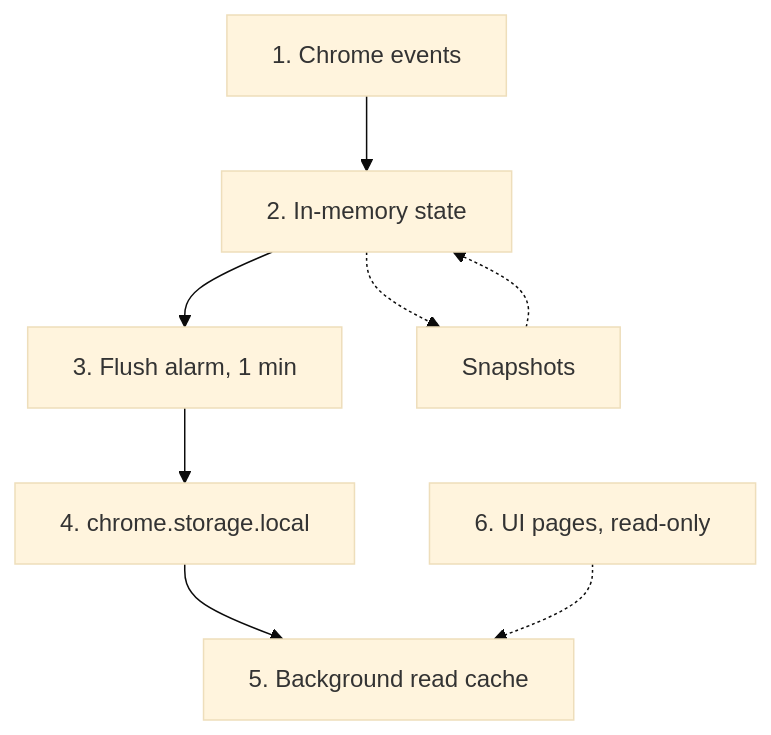
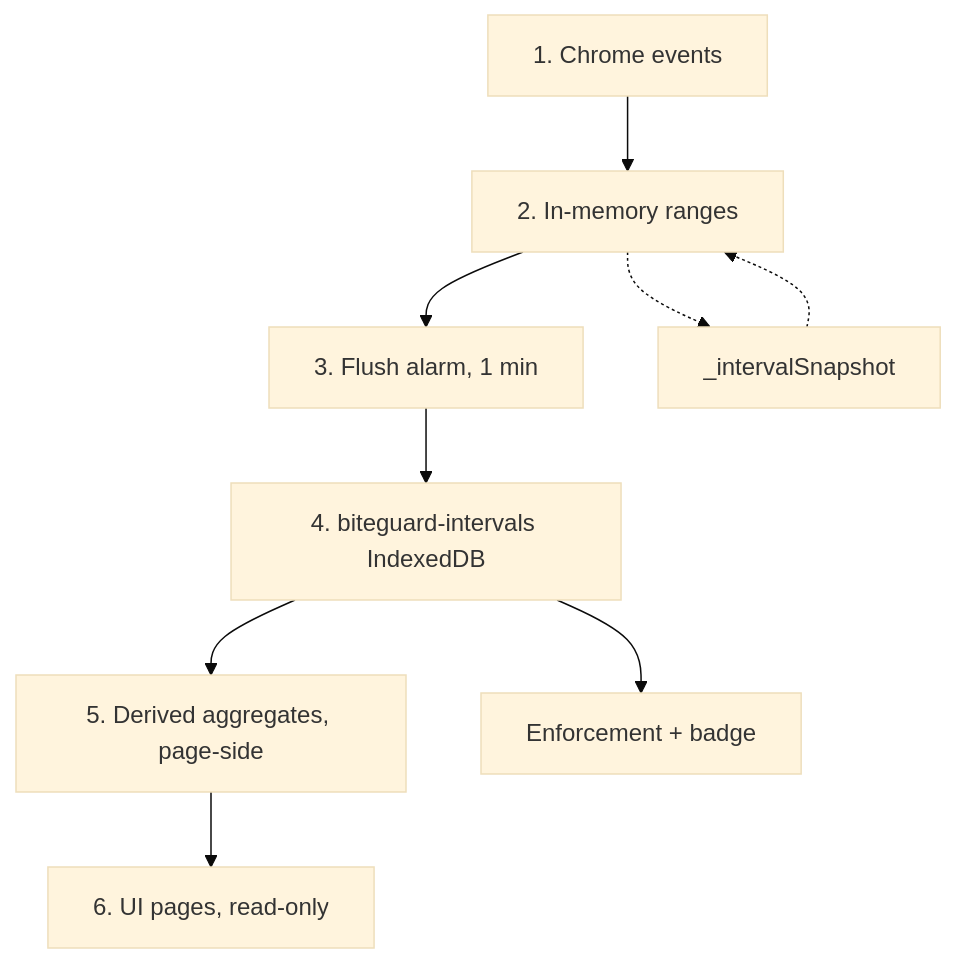
One commit to Plushly-Interactive/CoralClock changed the first of 2 diagrams in docs/architecture/architecture.md. Above: the diagram before and after it, drawn with Mermaid (base theme). The commit also changed other lines of this file and 24 other files, not shown here.

````diff
--- a/docs/architecture/architecture.md
+++ b/docs/architecture/architecture.md
@@ -9,18 +9,20 @@
 ```mermaid
 flowchart TD
   chrome[1. Chrome events]
-  mem[2. In-memory state]
+  mem[2. In-memory ranges]
   flush[3. Flush alarm, 1 min]
-  store[4. chrome.storage.local]
-  snap[Snapshots]
-  cache[5. Background read cache]
+  store[4. biteguard-intervals IndexedDB]
+  snap[_intervalSnapshot]
+  agg[5. Derived aggregates, page-side]
   ui[6. UI pages, read-only]
+  enf[Enforcement + badge]
 
   chrome --> mem
   mem --> flush
   flush --> store
   mem -.-> snap
   snap -.-> mem
-  store --> cache
-  ui -.-> cache
+  store --> agg
+  agg --> ui
+  store --> enf
 ```
````
